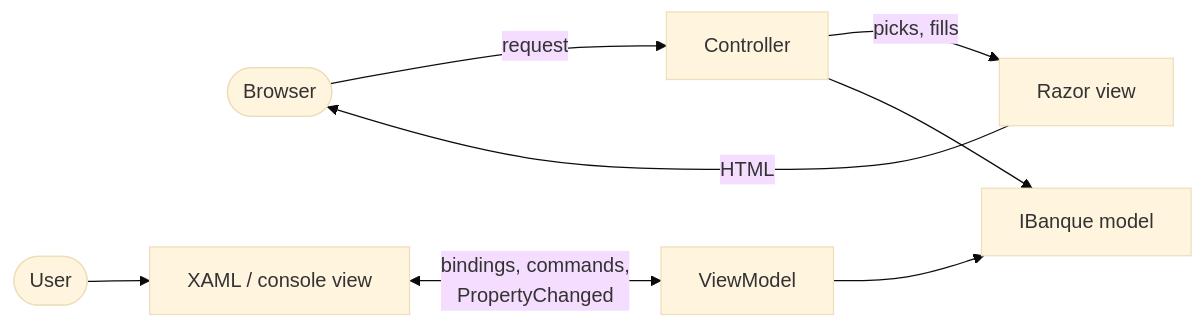
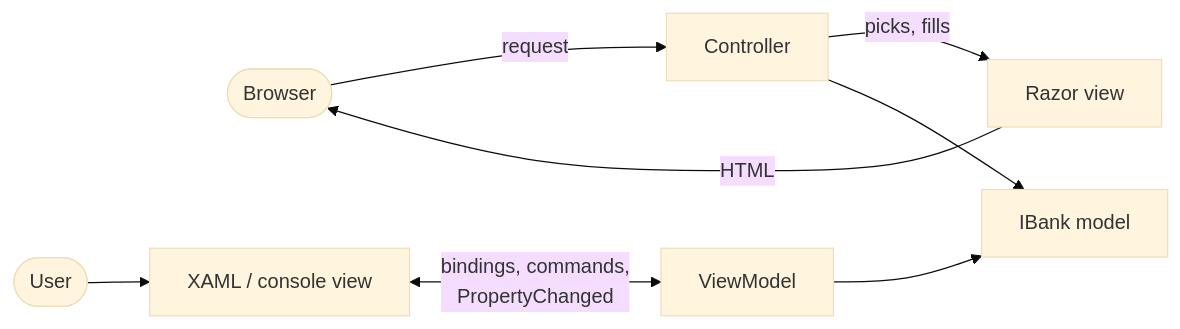
The diagram in Docs/en/fiches/24-mvc-mvvm.md (drangoht/ArchitecturesDemo), drawn with Mermaid (base theme) before and after one commit. The commit also changed 78 other files, not shown here.

First line of the commit message:
Docs EN : identifiants, liens, diagrammes et sorties alignés sur le code anglais

````diff
--- a/Docs/en/fiches/24-mvc-mvvm.md
+++ b/Docs/en/fiches/24-mvc-mvvm.md
@@ -10,7 +10,7 @@
 ```mermaid
 flowchart LR
     N(["Browser"]) -->|request| C["Controller"] -->|"picks, fills"| V["Razor view"] -->|HTML| N
     U(["User"]) --> W["XAML / console view"] <-->|"bindings, commands,<br/>PropertyChanged"| VM["ViewModel"]
-    C --> M["IBanque model"]
+    C --> M["IBank model"]
     VM --> M
 ```
````
